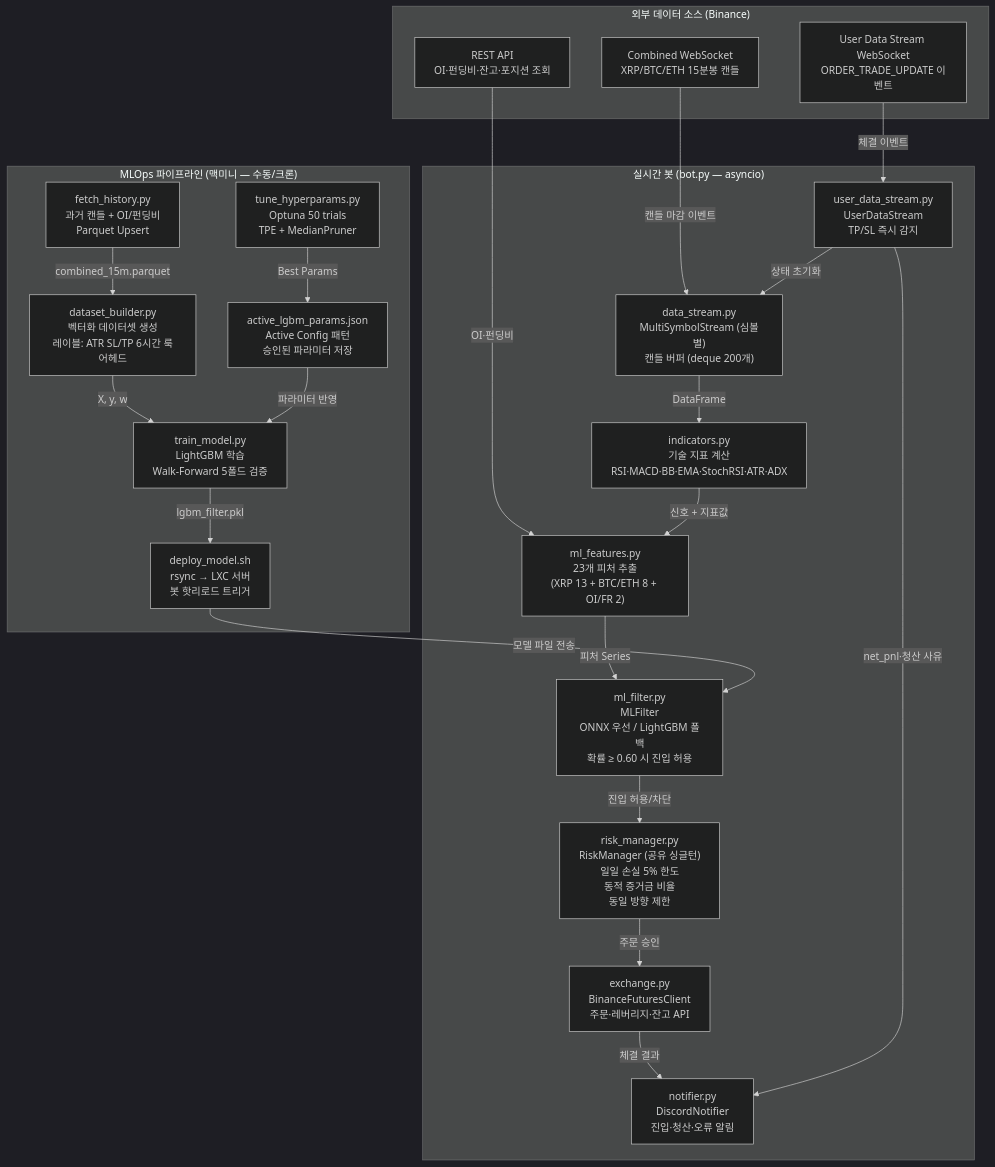
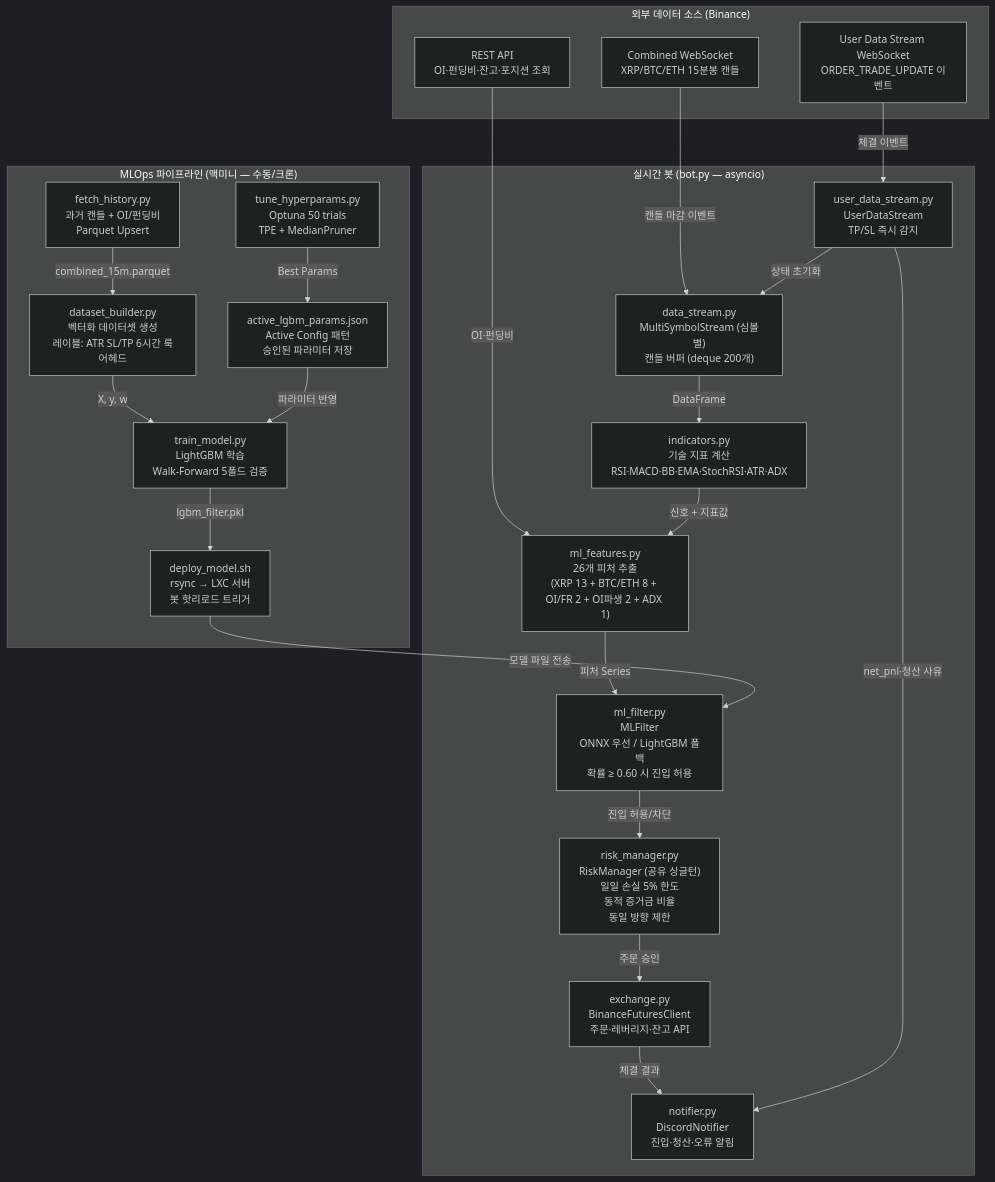
The first of 4 diagrams in ARCHITECTURE.md (21in7/cointrader), drawn with Mermaid (dark theme) before and after one commit. The commit also changed other lines of this file and 10 other files, not shown here.

````diff
--- a/ARCHITECTURE.md
+++ b/ARCHITECTURE.md
@@ -39,47 +39,47 @@
 ```mermaid
 flowchart TD
     subgraph 외부["외부 데이터 소스 (Binance)"]
         WS1["Combined WebSocket<br/>XRP/BTC/ETH 15분봉 캔들"]
         WS2["User Data Stream WebSocket<br/>ORDER_TRADE_UPDATE 이벤트"]
         REST["REST API<br/>OI·펀딩비·잔고·포지션 조회"]
     end
 
     subgraph 실시간봇["실시간 봇 (bot.py — asyncio)"]
         DS["data_stream.py<br/>MultiSymbolStream (심볼별)<br/>캔들 버퍼 (deque 200개)"]
         IND["indicators.py<br/>기술 지표 계산<br/>RSI·MACD·BB·EMA·StochRSI·ATR·ADX"]
-        MF["ml_features.py<br/>23개 피처 추출<br/>(XRP 13 + BTC/ETH 8 + OI/FR 2)"]
+        MF["ml_features.py<br/>26개 피처 추출<br/>(XRP 13 + BTC/ETH 8 + OI/FR 2 + OI파생 2 + ADX 1)"]
         ML["ml_filter.py<br/>MLFilter<br/>ONNX 우선 / LightGBM 폴백<br/>확률 ≥ 0.60 시 진입 허용"]
         RM["risk_manager.py<br/>RiskManager (공유 싱글턴)<br/>일일 손실 5% 한도<br/>동적 증거금 비율<br/>동일 방향 제한"]
         EX["exchange.py<br/>BinanceFuturesClient<br/>주문·레버리지·잔고 API"]
         UDS["user_data_stream.py<br/>UserDataStream<br/>TP/SL 즉시 감지"]
         NT["notifier.py<br/>DiscordNotifier<br/>진입·청산·오류 알림"]
     end
 
     subgraph mlops["MLOps 파이프라인 (맥미니 — 수동/크론)"]
         FH["fetch_history.py<br/>과거 캔들 + OI/펀딩비<br/>Parquet Upsert"]
         DB["dataset_builder.py<br/>벡터화 데이터셋 생성<br/>레이블: ATR SL/TP 6시간 룩어헤드"]
         TM["train_model.py<br/>LightGBM 학습<br/>Walk-Forward 5폴드 검증"]
         TN["tune_hyperparams.py<br/>Optuna 50 trials<br/>TPE + MedianPruner"]
         AP["active_lgbm_params.json<br/>Active Config 패턴<br/>승인된 파라미터 저장"]
         DM["deploy_model.sh<br/>rsync → LXC 서버<br/>봇 핫리로드 트리거"]
     end
 
     WS1 -->|캔들 마감 이벤트| DS
     WS2 -->|체결 이벤트| UDS
     REST -->|OI·펀딩비| MF
     DS -->|DataFrame| IND
     IND -->|신호 + 지표값| MF
     MF -->|피처 Series| ML
     ML -->|진입 허용/차단| RM
     RM -->|주문 승인| EX
     EX -->|체결 결과| NT
     UDS -->|net_pnl·청산 사유| NT
     UDS -->|상태 초기화| DS
 
     FH -->|combined_15m.parquet| DB
     DB -->|X, y, w| TM
     TM -->|lgbm_filter.pkl| DM
     TN -->|Best Params| AP
     AP -->|파라미터 반영| TM
     DM -->|모델 파일 전송| ML
 ```
````
